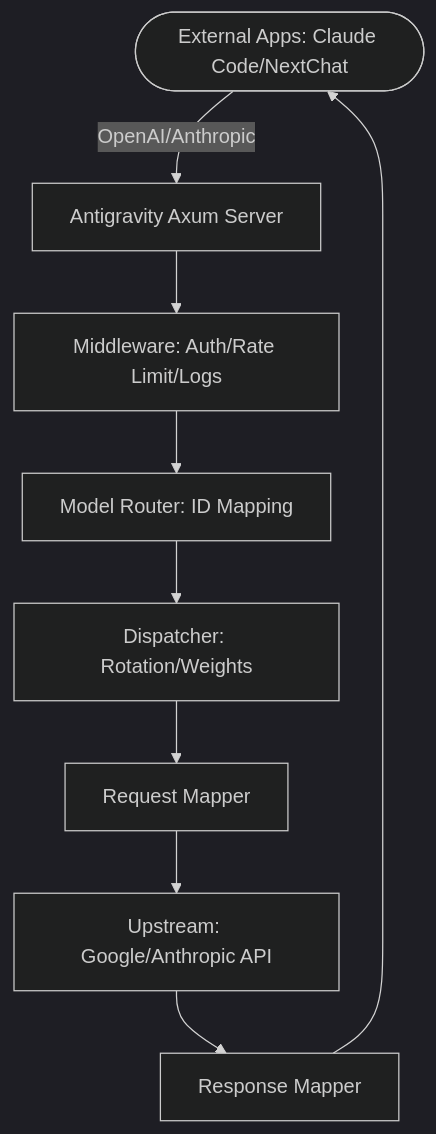
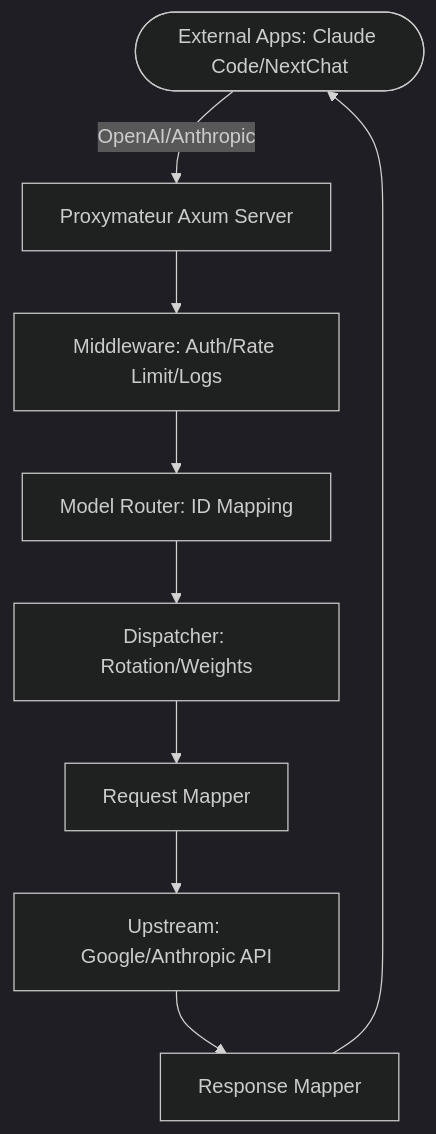
Before and after one commit to 52191314/Antigravity-Manager: the diagram in README.md, drawn with Mermaid (dark theme). The commit also changed other lines of this file and 224 other files, not shown here.

````diff
--- a/README.md
+++ b/README.md
@@ -122,11 +124,11 @@
 ```mermaid
 graph TD
-    Client([External Apps: Claude Code/NextChat]) -->|OpenAI/Anthropic| Gateway[Antigravity Axum Server]
+    Client([External Apps: Claude Code/NextChat]) -->|OpenAI/Anthropic| Gateway[Proxymateur Axum Server]
     Gateway --> Middleware[Middleware: Auth/Rate Limit/Logs]
     Middleware --> Router[Model Router: ID Mapping]
     Router --> Dispatcher[Dispatcher: Rotation/Weights]
     Dispatcher --> Mapper[Request Mapper]
     Mapper --> Upstream[Upstream: Google/Anthropic API]
     Upstream --> ResponseMapper[Response Mapper]
     ResponseMapper --> Client
 ```
````
